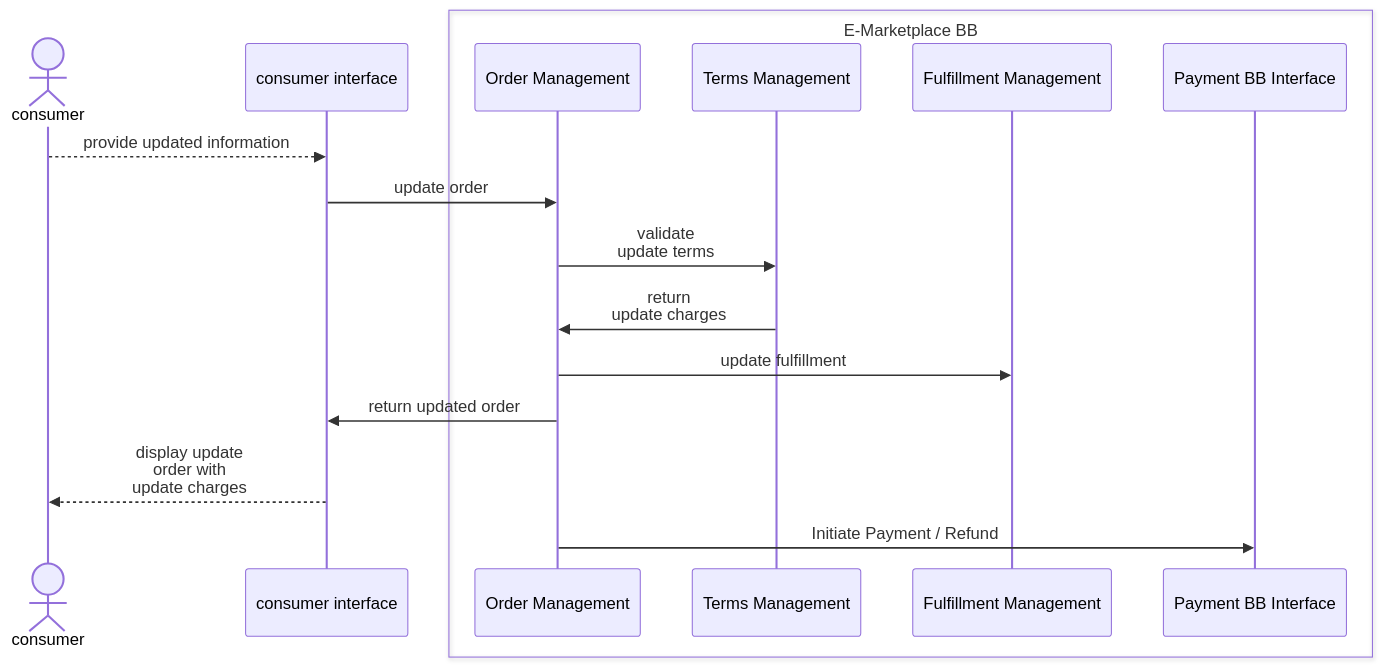
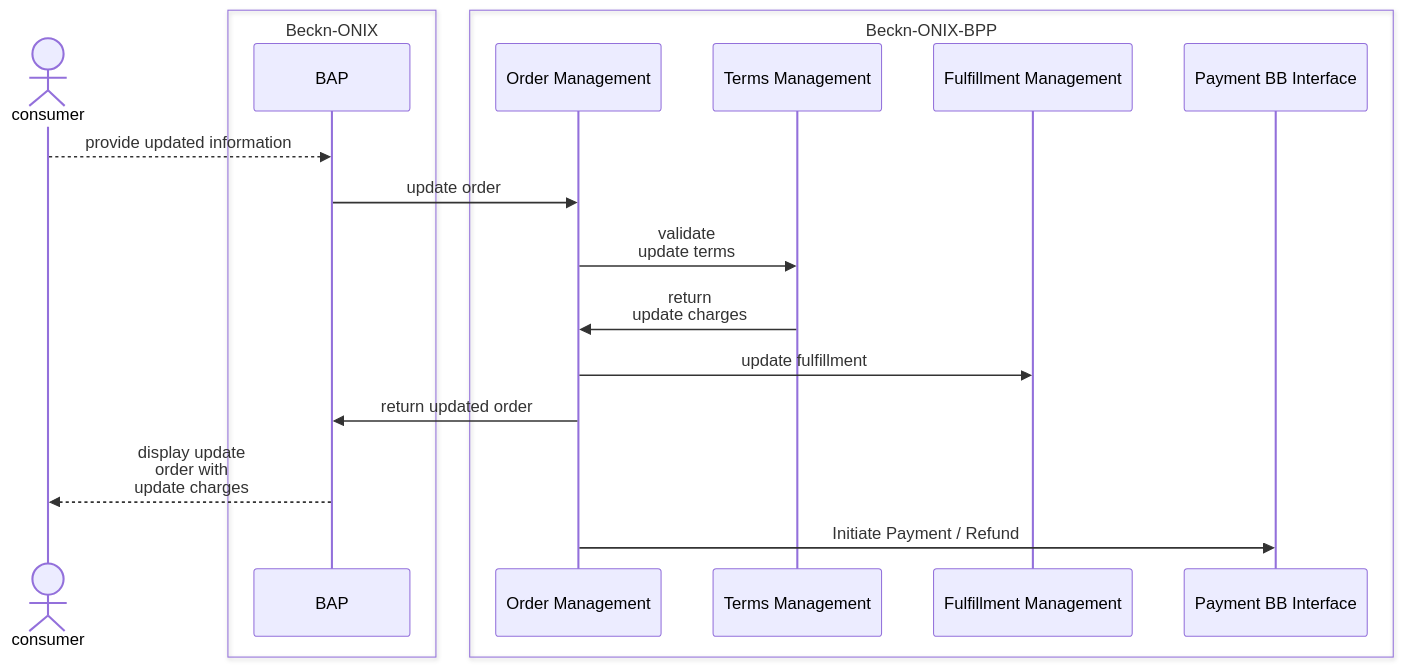
Before and after one commit to rajaneeshk90/gitbook-exp: diagram 11 of 17 in README.md, drawn with Mermaid. The commit also changed other lines of this file, not shown here.

Commit message:
GITBOOK-7: Updated sequence diagram for all APIs

````diff
--- a/README.md
+++ b/README.md
@@ -288,19 +313,21 @@
 ```mermaid
 sequenceDiagram
     Actor consumer
-    participant consumer interface
-    box E-Marketplace BB
+    box Beckn-ONIX
+    participant BAP
+    end
+    box Beckn-ONIX-BPP
     participant Order Management
     participant Terms Management
     participant Fulfillment Management
     participant Payment BB Interface
     end
-    consumer-->>consumer interface: provide updated information
-    consumer interface->>Order Management:update order
+    consumer-->>BAP: provide updated information
+    BAP->>Order Management:update order
     Order Management->>Terms Management:validate <br/> update terms
     Terms Management->>Order Management: return <br/> update charges
     Order Management->>Fulfillment Management:update fulfillment
-    Order Management->>consumer interface: return updated order
-    consumer interface-->>consumer: display update <br/> order with <br/> update charges
+    Order Management->>BAP: return updated order
+    BAP-->>consumer: display update <br/> order with <br/> update charges
     Order Management->>Payment BB Interface: Initiate Payment / Refund
 ```
````
